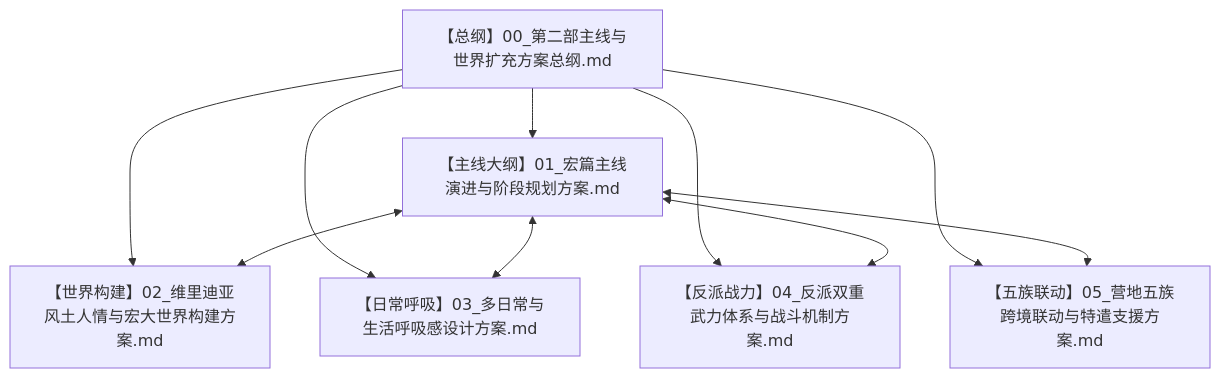
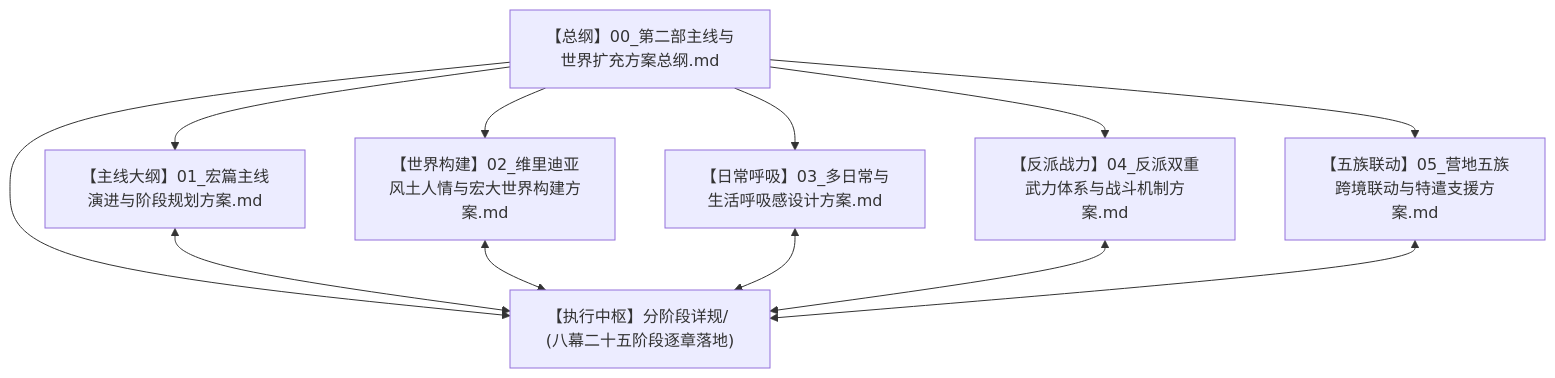
Before and after one commit to soranokiseki1437/eldoria-worldbook: the first of 4 diagrams in 方案/第二部/主线与世界扩充方案/00_第二部主线与世界扩充方案总纲.md, drawn with Mermaid. The commit also changed other lines of this file and 29 other files, not shown here.

````diff
--- a/方案/第二部/主线与世界扩充方案/00_第二部主线与世界扩充方案总纲.md
+++ b/方案/第二部/主线与世界扩充方案/00_第二部主线与世界扩充方案总纲.md
@@ -13,21 +13,25 @@
 ```mermaid
 graph TD
     Root["【总纲】00_第二部主线与世界扩充方案总纲.md"]
     
     Sub1["【主线大纲】01_宏篇主线演进与阶段规划方案.md"]
     Sub2["【世界构建】02_维里迪亚风土人情与宏大世界构建方案.md"]
     Sub3["【日常呼吸】03_多日常与生活呼吸感设计方案.md"]
     Sub4["【反派战力】04_反派双重武力体系与战斗机制方案.md"]
     Sub5["【五族联动】05_营地五族跨境联动与特遣支援方案.md"]
+    
+    Stages["【执行中枢】分阶段详规/ (八幕二十五阶段逐章落地)"]
 
     Root --> Sub1
     Root --> Sub2
     Root --> Sub3
     Root --> Sub4
     Root --> Sub5
+    Root --> Stages
 
-    Sub1 <--> Sub2
-    Sub1 <--> Sub3
-    Sub1 <--> Sub4
-    Sub1 <--> Sub5
+    Sub1 <--> Stages
+    Sub2 <--> Stages
+    Sub3 <--> Stages
+    Sub4 <--> Stages
+    Sub5 <--> Stages
 ```
````
